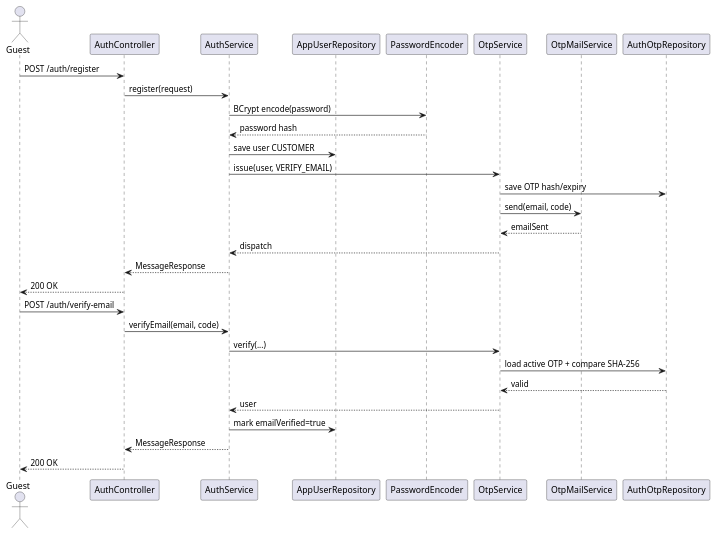
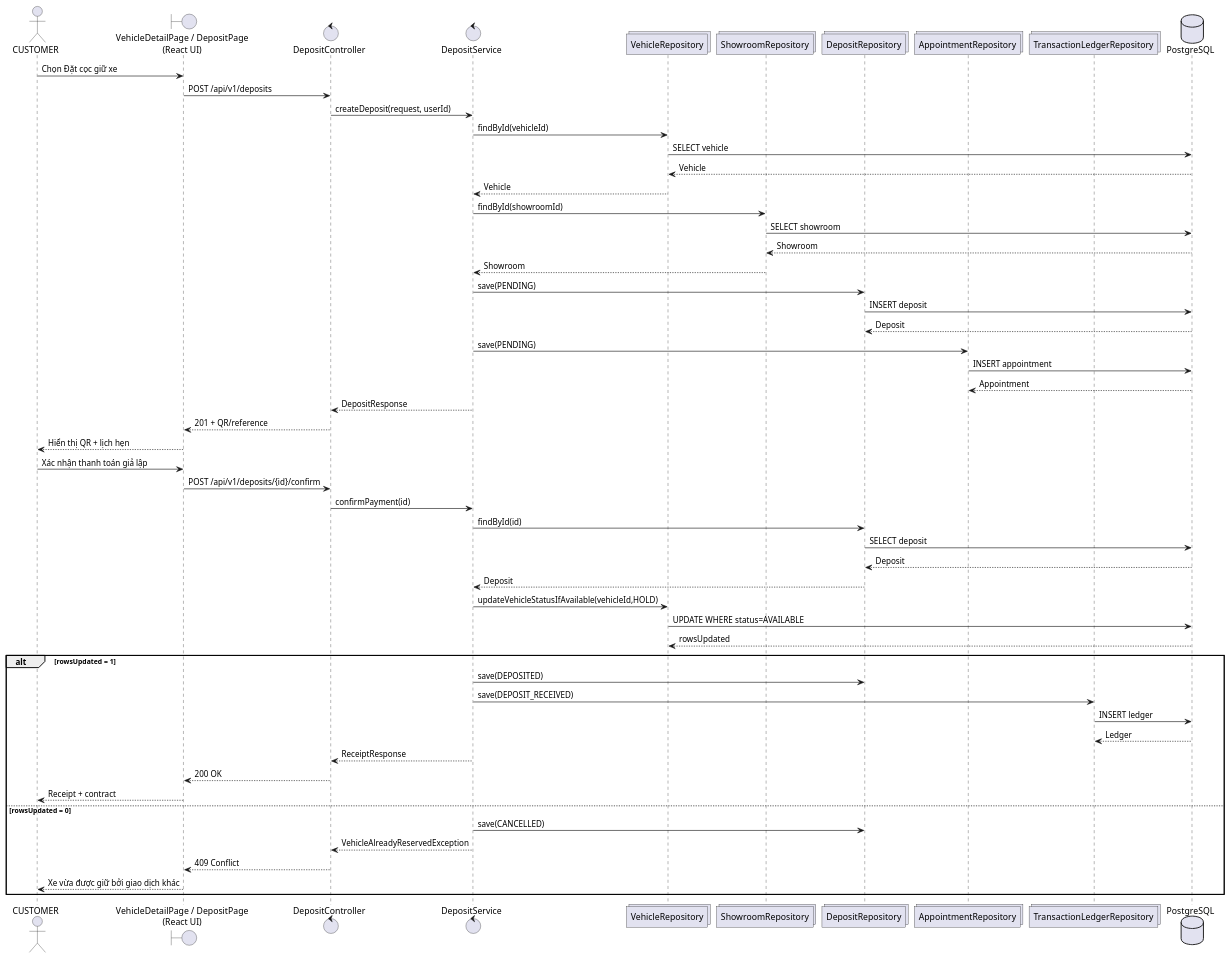
The first of 6 diagrams in docs/UML/Sequence_Diagrams.md (Trung-Khang/AutoTrade), drawn with PlantUML before and after one commit. The commit also changed other lines of this file and 36 other files, not shown here.

Commit message:
docs(tv5): add UML diagrams and update progress report 1/10/2026

````diff
--- a/docs/UML/Sequence_Diagrams.md
+++ b/docs/UML/Sequence_Diagrams.md
@@ -31,35 +16,61 @@
 ```plantuml
 @startuml
-actor Guest
-participant "AuthController" as C
-participant "AuthService" as S
-participant "AppUserRepository" as U
-participant "PasswordEncoder" as PE
-participant "OtpService" as O
-participant "OtpMailService" as M
-participant "AuthOtpRepository" as OR
+actor "CUSTOMER" as A
+boundary "VehicleDetailPage / DepositPage\n(React UI)" as UI
+control "DepositController" as C
+control "DepositService" as S
+collections "VehicleRepository" as VR
+collections "ShowroomRepository" as SR
+collections "DepositRepository" as DR
+collections "AppointmentRepository" as AR
+collections "TransactionLedgerRepository" as LR
+database "PostgreSQL" as DB
 
-Guest -> C: POST /auth/register
-C -> S: register(request)
-S -> PE: BCrypt encode(password)
-PE --> S: password hash
-S -> U: save user CUSTOMER
-S -> O: issue(user, VERIFY_EMAIL)
-O -> OR: save OTP hash/expiry
-O -> M: send(email, code)
-M --> O: emailSent
-O --> S: dispatch
-S --> C: MessageResponse
-C --> Guest: 200 OK
+A -> UI : Chọn Đặt cọc giữ xe
+UI -> C : POST /api/v1/deposits
+C -> S : createDeposit(request, userId)
+S -> VR : findById(vehicleId)
+VR -> DB : SELECT vehicle
+DB --> VR : Vehicle
+VR --> S : Vehicle
+S -> SR : findById(showroomId)
+SR -> DB : SELECT showroom
+DB --> SR : Showroom
+SR --> S : Showroom
+S -> DR : save(PENDING)
+DR -> DB : INSERT deposit
+DB --> DR : Deposit
+S -> AR : save(PENDING)
+AR -> DB : INSERT appointment
+DB --> AR : Appointment
+S --> C : DepositResponse
+C --> UI : 201 + QR/reference
+UI --> A : Hiển thị QR + lịch hẹn
 
-Guest -> C: POST /auth/verify-email
-C -> S: verifyEmail(email, code)
-S -> O: verify(...)
-O -> OR: load active OTP + compare SHA-256
-OR --> O: valid
-O --> S: user
-S -> U: mark emailVerified=true
-S --> C: MessageResponse
-C --> Guest: 200 OK
+A -> UI : Xác nhận thanh toán giả lập
+UI -> C : POST /api/v1/deposits/{id}/confirm
+C -> S : confirmPayment(id)
+S -> DR : findById(id)
+DR -> DB : SELECT deposit
+DB --> DR : Deposit
+DR --> S : Deposit
+S -> VR : updateVehicleStatusIfAvailable(vehicleId,HOLD)
+VR -> DB : UPDATE WHERE status=AVAILABLE
+DB --> VR : rowsUpdated
+
+alt rowsUpdated = 1
+  S -> DR : save(DEPOSITED)
+  S -> LR : save(DEPOSIT_RECEIVED)
+  LR -> DB : INSERT ledger
+  DB --> LR : Ledger
+  S --> C : ReceiptResponse
+  C --> UI : 200 OK
+  UI --> A : Receipt + contract
+else rowsUpdated = 0
+  S -> DR : save(CANCELLED)
+  S --> C : VehicleAlreadyReservedException
+  C --> UI : 409 Conflict
+  UI --> A : Xe vừa được giữ bởi giao dịch khác
+end
 @enduml
 ```
````
